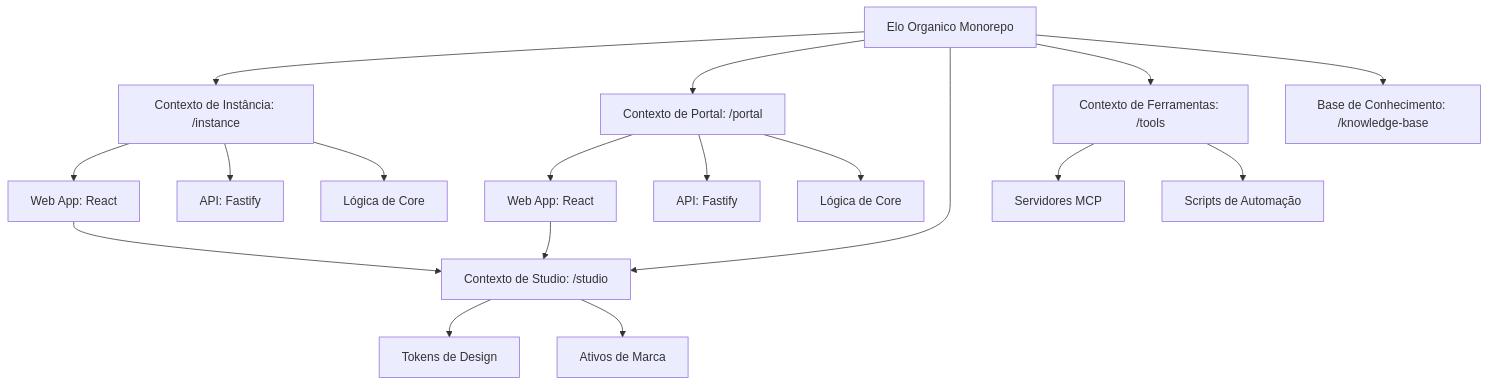
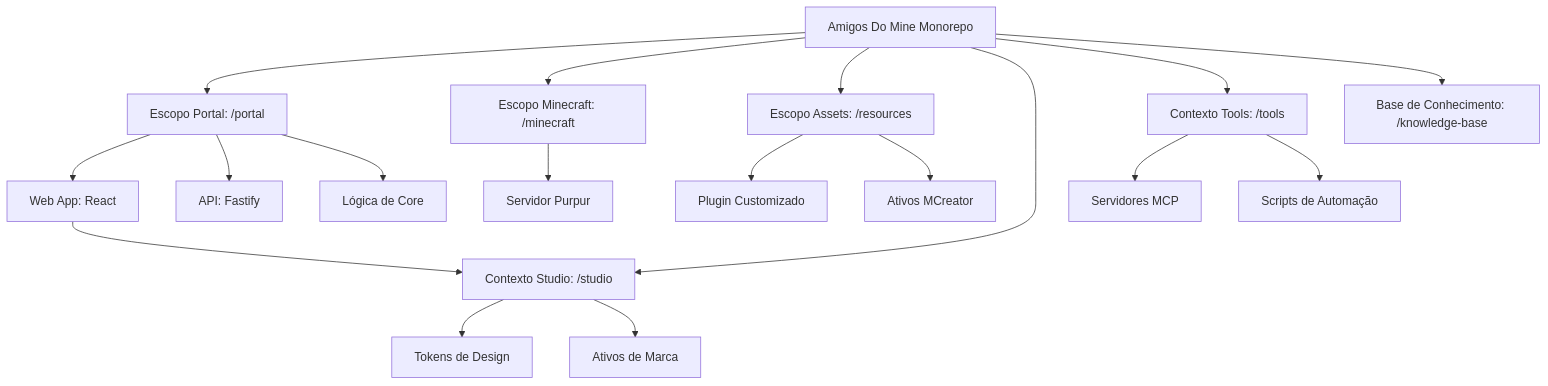
Before and after one commit to tupynambalucas/amigos-do-mine: the diagram in knowledge-base/i18n/pt-BR/docusaurus-plugin-content-docs/current/intro.mdx, drawn with Mermaid. The commit also changed other lines of this file and 166 other files, not shown here.

````diff
--- a/knowledge-base/i18n/pt-BR/docusaurus-plugin-content-docs/current/intro.mdx
+++ b/knowledge-base/i18n/pt-BR/docusaurus-plugin-content-docs/current/intro.mdx
@@ -13,26 +13,26 @@
 ```mermaid
 graph TD
-    Root["Elo Organico Monorepo"]
-    Root --> Instance["Contexto de Instância: /instance"]
-    Root --> Portal["Contexto de Portal: /portal"]
-    Root --> Studio["Contexto de Studio: /studio"]
-    Root --> Tools["Contexto de Ferramentas: /tools"]
+    Root["Amigos Do Mine Monorepo"]
+    Root --> Portal["Escopo Portal: /portal"]
+    Root --> Minecraft["Escopo Minecraft: /minecraft"]
+    Root --> Resources["Escopo Assets: /resources"]
+    Root --> Studio["Contexto Studio: /studio"]
+    Root --> Tools["Contexto Tools: /tools"]
     Root --> Knowledge["Base de Conhecimento: /knowledge-base"]
-
-    Instance --> I_Web["Web App: React"]
-    Instance --> I_API["API: Fastify"]
-    Instance --> I_Core["Lógica de Core"]
 
     Portal --> P_Web["Web App: React"]
     Portal --> P_API["API: Fastify"]
     Portal --> P_Core["Lógica de Core"]
+
+    Minecraft --> M_Server["Servidor Purpur"]
+    Resources --> R_Plugin["Plugin Customizado"]
+    Resources --> R_Assets["Ativos MCreator"]
 
     Studio --> Tokens["Tokens de Design"]
     Studio --> Assets["Ativos de Marca"]
     
     Tools --> MCP["Servidores MCP"]
     Tools --> Scripts["Scripts de Automação"]
     
-    I_Web --> Studio
     P_Web --> Studio
 ```
````
